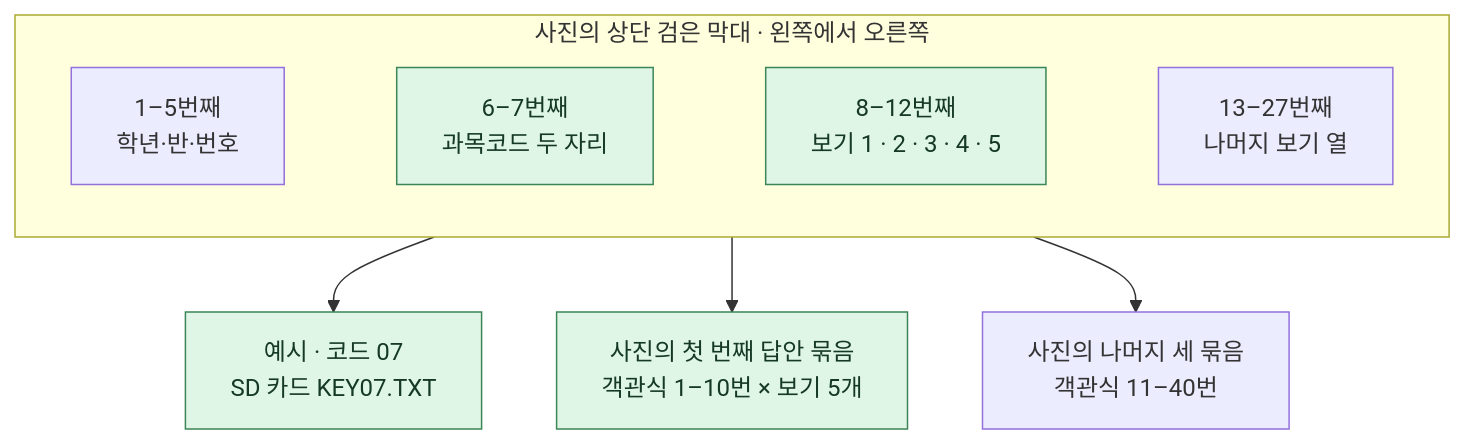
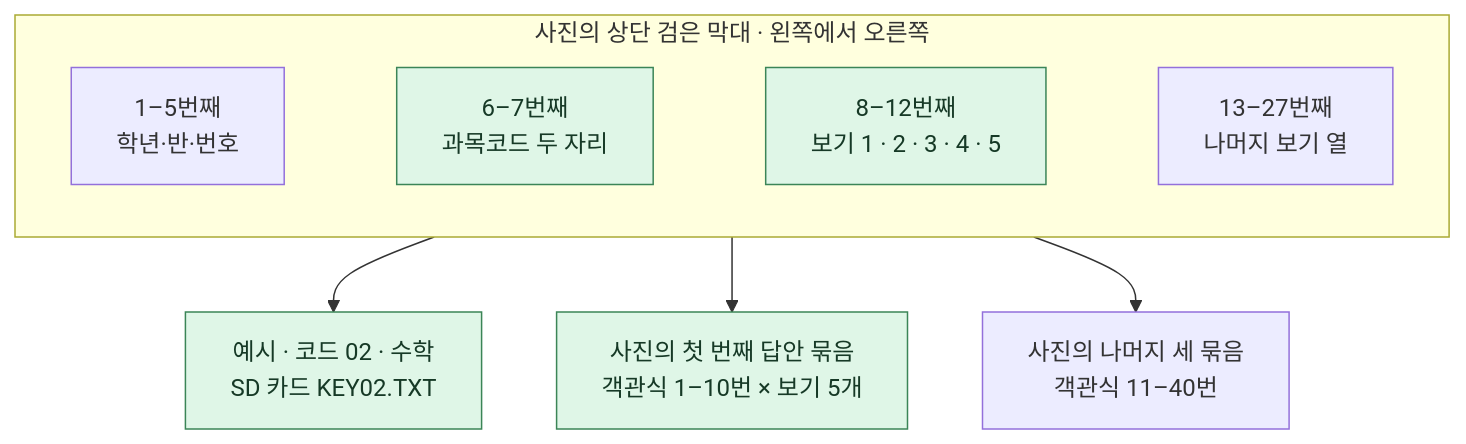
The diagram in docs/omr-card.md (yumyum1215/26SoC_Term_Project_OMR_Reader), drawn with Mermaid before and after one commit. The commit also changed other lines of this file and 6 other files, not shown here.

````diff
--- a/docs/omr-card.md
+++ b/docs/omr-card.md
@@ -9,16 +9,16 @@
 ```mermaid
 flowchart TB
     subgraph TOP["사진의 상단 검은 막대 · 왼쪽에서 오른쪽"]
         direction LR
         A["1–5번째<br/>학년·반·번호"]
         S["6–7번째<br/>과목코드 두 자리"]
         B["8–12번째<br/>보기 1 · 2 · 3 · 4 · 5"]
         C["13–27번째<br/>나머지 보기 열"]
         A ~~~ S ~~~ B ~~~ C
     end
-    S --> K["예시 · 코드 07<br/>SD 카드 KEY07.TXT"]
+    S --> K["예시 · 코드 02 · 수학<br/>SD 카드 KEY02.TXT"]
     B --> D["사진의 첫 번째 답안 묶음<br/>객관식 1–10번 × 보기 5개"]
     C --> E["사진의 나머지 세 묶음<br/>객관식 11–40번"]
     classDef counted fill:#dff6e7,stroke:#3b8557,color:#163926
     class S,K,B,D counted
 ```
````
